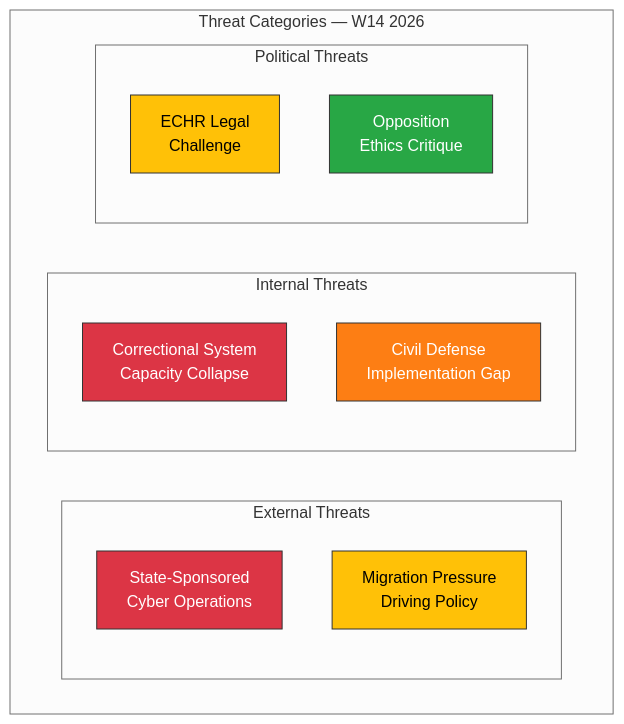
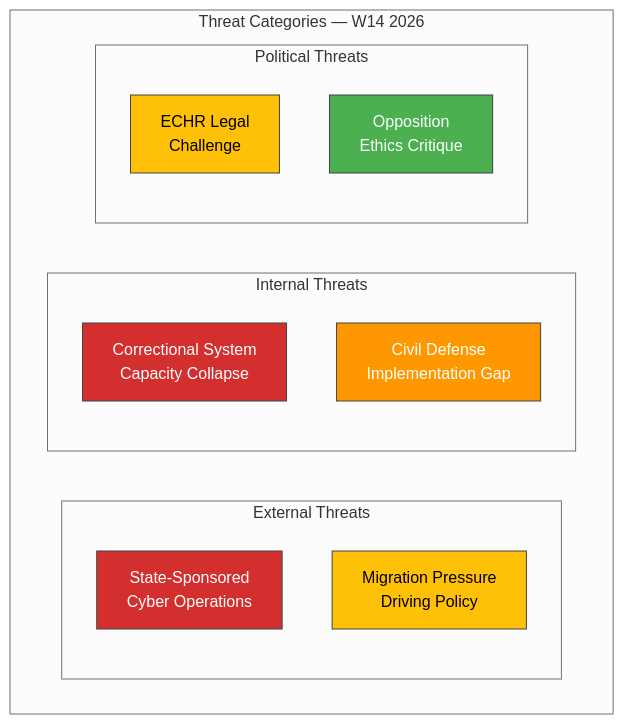
Before and after one commit to Hack23/riksdagsmonitor: the diagram in analysis/daily/2026-04-04/realtime-1212/threat-analysis.md, drawn with Mermaid (neutral theme). The commit also changed 785 other files, not shown here.

First line of the commit message:
Normalize mermaid colors across 786 analysis artifacts to ISMS Style Guide palette

````diff
--- a/analysis/daily/2026-04-04/realtime-1212/threat-analysis.md
+++ b/analysis/daily/2026-04-04/realtime-1212/threat-analysis.md
@@ -17,23 +17,23 @@
 ```mermaid
 graph TD
     subgraph "Threat Categories — W14 2026"
         subgraph "External Threats"
             ET1["State-Sponsored<br/>Cyber Operations"]
             ET2["Migration Pressure<br/>Driving Policy"]
         end
         subgraph "Internal Threats"
             IT1["Correctional System<br/>Capacity Collapse"]
             IT2["Civil Defense<br/>Implementation Gap"]
         end
         subgraph "Political Threats"
             PT1["ECHR Legal<br/>Challenge"]
             PT2["Opposition<br/>Ethics Critique"]
         end
     end
-    style ET1 fill:#dc3545,stroke:#333,color:#fff
-    style ET2 fill:#ffc107,stroke:#333,color:#000
-    style IT1 fill:#dc3545,stroke:#333,color:#fff
-    style IT2 fill:#fd7e14,stroke:#333,color:#fff
-    style PT1 fill:#ffc107,stroke:#333,color:#000
-    style PT2 fill:#28a745,stroke:#333,color:#fff
+    style ET1 fill:#D32F2F,stroke:#424242,color:#FFFFFF
+    style ET2 fill:#FFC107,stroke:#424242,color:#000000
+    style IT1 fill:#D32F2F,stroke:#424242,color:#FFFFFF
+    style IT2 fill:#FF9800,stroke:#424242,color:#FFFFFF
+    style PT1 fill:#FFC107,stroke:#424242,color:#000000
+    style PT2 fill:#4CAF50,stroke:#424242,color:#FFFFFF
 ```
````
